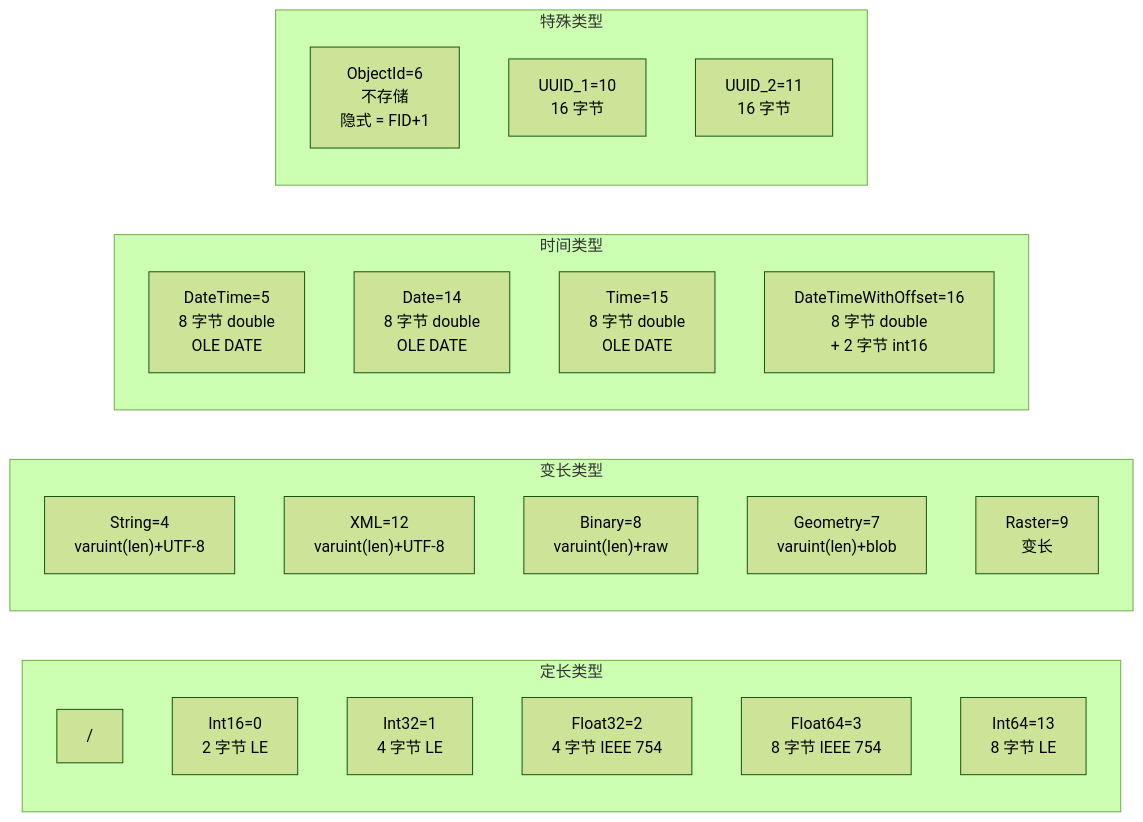
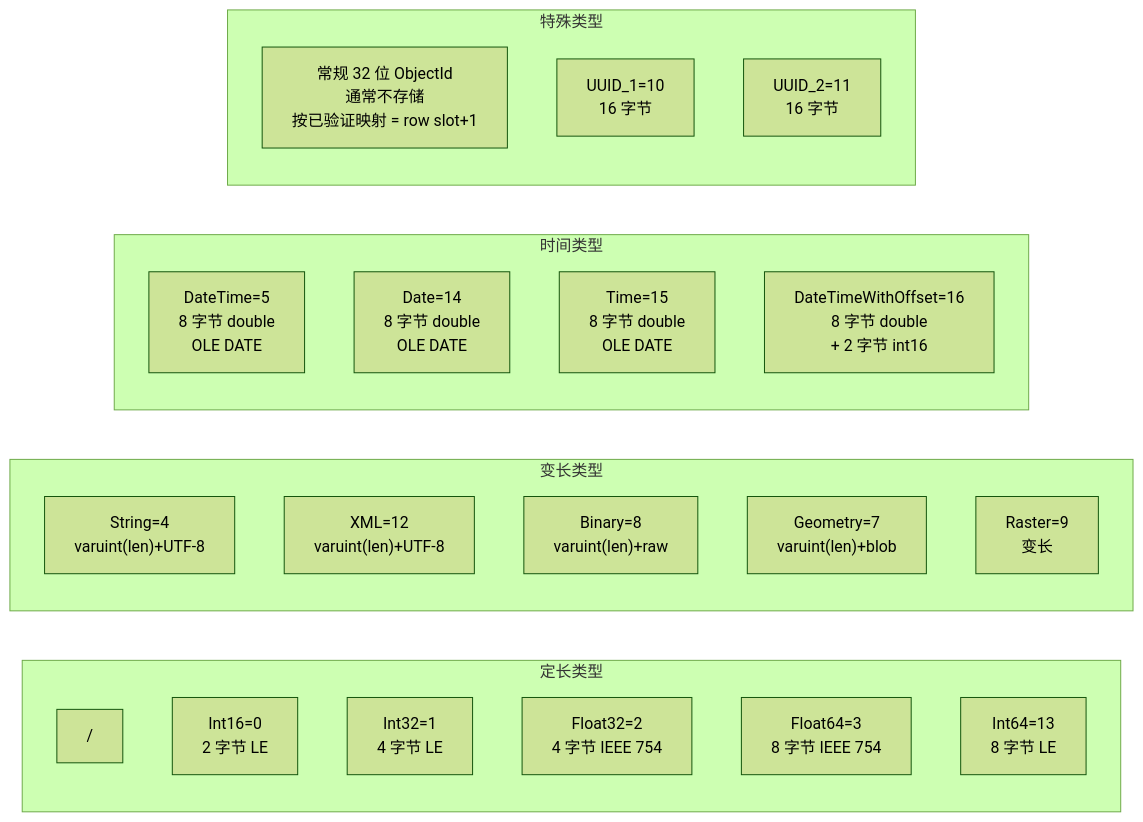
Diagram 11 of 37 in docs/gdb/08_GDB二进制格式图解教程.md (EdgarLQS/fast-gdb), drawn with Mermaid (forest theme) before and after one commit. The commit also changed other lines of this file and 200 other files, not shown here.

````diff
--- a/docs/gdb/08_GDB二进制格式图解教程.md
+++ b/docs/gdb/08_GDB二进制格式图解教程.md
@@ -375,55 +375,55 @@
 ```mermaid
 graph LR
     subgraph "定长类型"
 /
 
         I16["Int16=0<br/>2 字节 LE"]
 /
 
         I32["Int32=1<br/>4 字节 LE"]
 /
 
         F32["Float32=2<br/>4 字节 IEEE 754"]
 /
 
         F64["Float64=3<br/>8 字节 IEEE 754"]
 /
 
         I64["Int64=13<br/>8 字节 LE"]
     end
 
     subgraph "变长类型"
 /
 
         S4["String=4<br/>varuint(len)+UTF-8"]
 /
 
         XML["XML=12<br/>varuint(len)+UTF-8"]
 /
 
         BIN["Binary=8<br/>varuint(len)+raw"]
 /
 
         GEO["Geometry=7<br/>varuint(len)+blob"]
 /
 
         RAS["Raster=9<br/>变长"]
     end
 
     subgraph "时间类型"
         DT["DateTime=5<br/>8 字节 double<br/>OLE DATE"]
         D["Date=14<br/>8 字节 double<br/>OLE DATE"]
         T["Time=15<br/>8 字节 double<br/>OLE DATE"]
         DTO["DateTimeWithOffset=16<br/>8 字节 double<br/>+ 2 字节 int16"]
     end
 
     subgraph "特殊类型"
-        OID["ObjectId=6<br/>不存储<br/>隐式 = FID+1"]
+        OID["常规 32 位 ObjectId<br/>通常不存储<br/>按已验证映射 = row slot+1"]
 /
 
         U1["UUID_1=10<br/>16 字节"]
 /
 
         U2["UUID_2=11<br/>16 字节"]
     end
 ```
````
